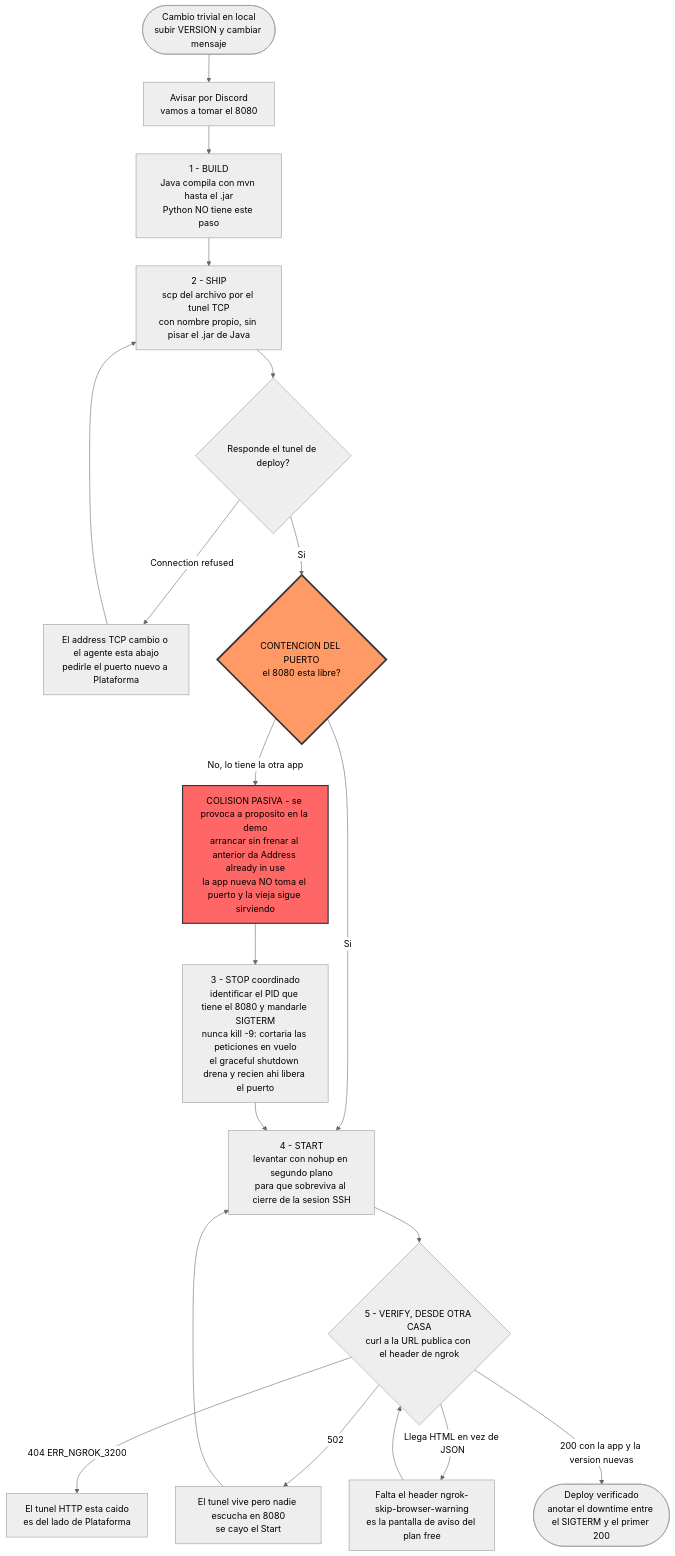
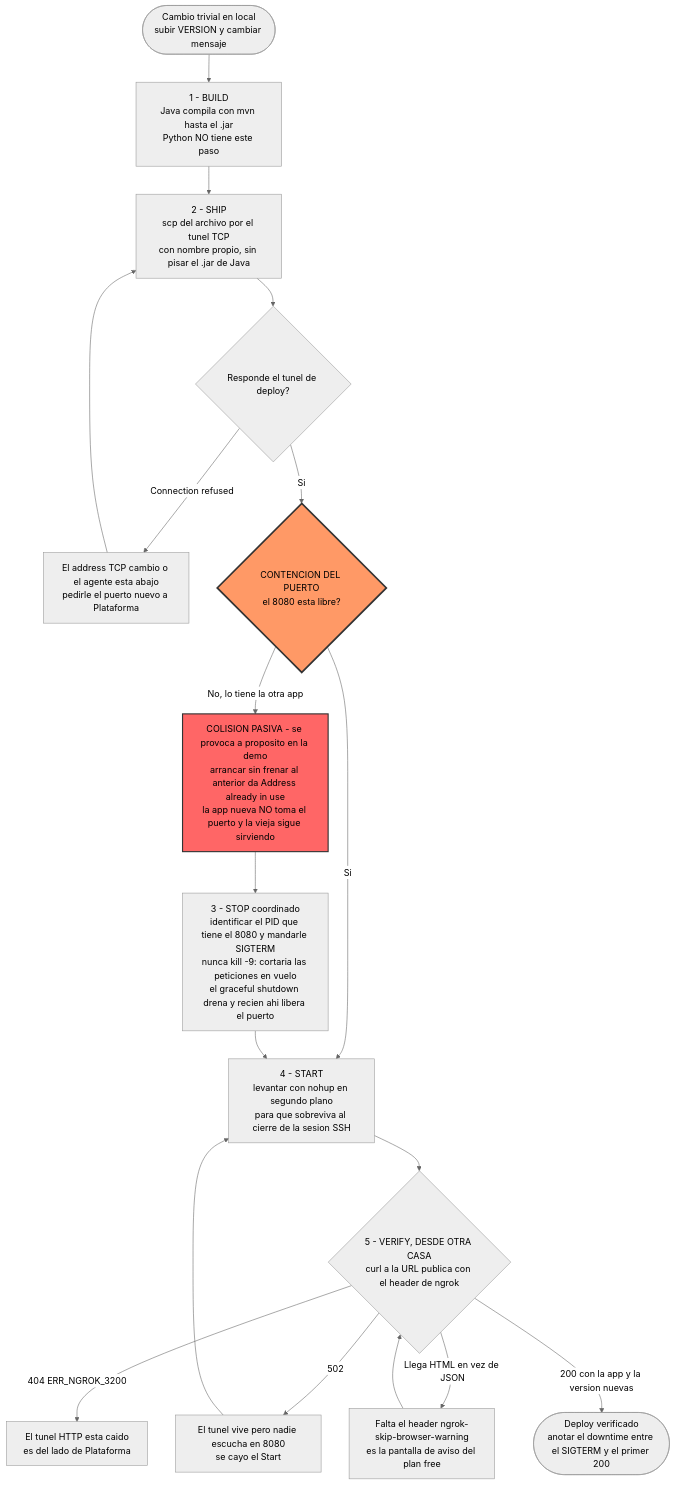
Before and after one commit to mnomico/sdypp_tarea: the second of 2 diagrams in README.md, drawn with Mermaid (neutral theme).

Commit message:
Saco aviso del flujo pipeline
Removed the 'AVISO' step from the flowchart and connected 'START' directly to 'BUILD'.

````diff
--- a/README.md
+++ b/README.md
@@ -100,34 +100,32 @@
 ```mermaid
 flowchart TD
-    START(["Cambio trivial en local<br/>subir VERSION y cambiar mensaje"]) --> AVISO
-    AVISO["Avisar por Discord<br/>vamos a tomar el 8080"] --> BUILD
-
+    START(["Cambio trivial en local<br/>subir VERSION y cambiar mensaje"]) --> BUILD
     BUILD["1 - BUILD<br/>Java compila con mvn hasta el .jar<br/>Python NO tiene este paso"] --> SHIP
     SHIP["2 - SHIP<br/>scp del archivo por el tunel TCP<br/>con nombre propio, sin pisar el .jar de Java"] --> TUNEL
 
     TUNEL{"Responde el tunel de deploy?"}
     TUNEL -->|"Connection refused"| CAIDO["El address TCP cambio o el agente esta abajo<br/>pedirle el puerto nuevo a Plataforma"]
     CAIDO --> SHIP
     TUNEL -->|"Si"| CHECK
 
     CHECK{"CONTENCION DEL PUERTO<br/>el 8080 esta libre?"}
     CHECK -->|"No, lo tiene la otra app"| COLISION
     CHECK -->|"Si"| STARTP
 
     COLISION["COLISION PASIVA - se provoca a proposito en la demo<br/>arrancar sin frenar al anterior da Address already in use<br/>la app nueva NO toma el puerto y la vieja sigue sirviendo"] --> STOP
 
     STOP["3 - STOP coordinado<br/>identificar el PID que tiene el 8080 y mandarle SIGTERM<br/>nunca kill -9: cortaria las peticiones en vuelo<br/>el graceful shutdown drena y recien ahi libera el puerto"] --> STARTP
 
     STARTP["4 - START<br/>levantar con nohup en segundo plano<br/>para que sobreviva al cierre de la sesion SSH"] --> VERIFY
 
     VERIFY{"5 - VERIFY, DESDE OTRA CASA<br/>curl a la URL publica con el header de ngrok"}
     VERIFY -->|"404 ERR_NGROK_3200"| E404["El tunel HTTP esta caido<br/>es del lado de Plataforma"]
     VERIFY -->|"502"| E502["El tunel vive pero nadie escucha en 8080<br/>se cayo el Start"]
     E502 --> STARTP
     VERIFY -->|"Llega HTML en vez de JSON"| EHTML["Falta el header ngrok-skip-browser-warning<br/>es la pantalla de aviso del plan free"]
     EHTML --> VERIFY
     VERIFY -->|"200 con la app y la version nuevas"| OK(["Deploy verificado<br/>anotar el downtime entre el SIGTERM y el primer 200"])
 
     style CHECK fill:#f96,stroke:#333,stroke-width:3px
     style COLISION fill:#f66,stroke:#333,stroke-width:2px
 ```
````
